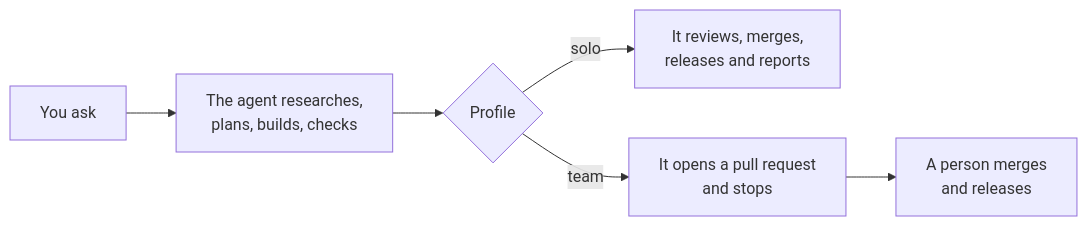
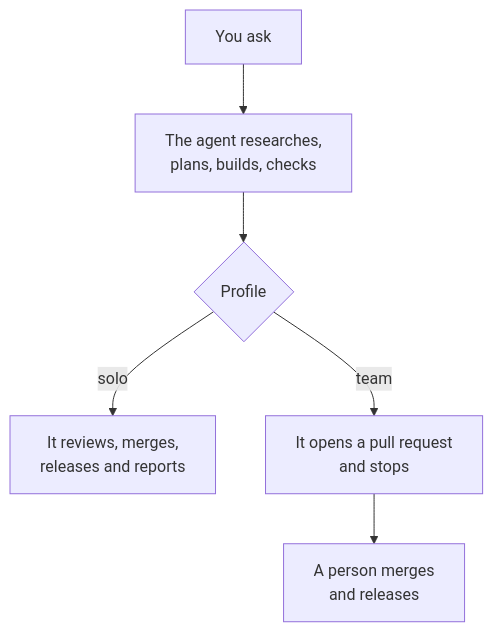
One commit to brocoders/inhouse-ai-starter-kit changed the diagram in docs/site/src/content/docs/guides/day-to-day.mdx. Above: the diagram before and after it, drawn with Mermaid. The commit also changed 4 other files, not shown here.

````diff
--- a/docs/site/src/content/docs/guides/day-to-day.mdx
+++ b/docs/site/src/content/docs/guides/day-to-day.mdx
@@ -35,8 +35,8 @@
 ```mermaid
-flowchart LR
+flowchart TB
   Ask["You ask"] --> Build["The agent researches,<br/>plans, builds, checks"]
   Build --> P{"Profile"}
   P -->|"solo"| Rel["It reviews, merges,<br/>releases and reports"]
   P -->|"team"| PR["It opens a pull request<br/>and stops"]
   PR --> Human["A person merges<br/>and releases"]
 ```
````
